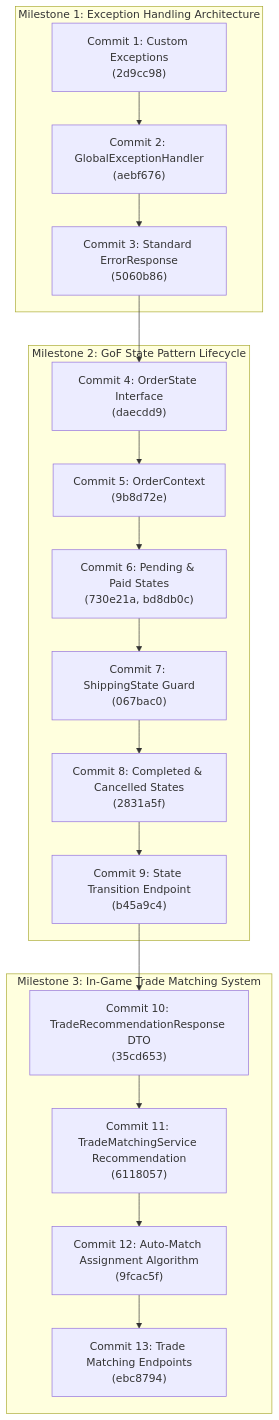
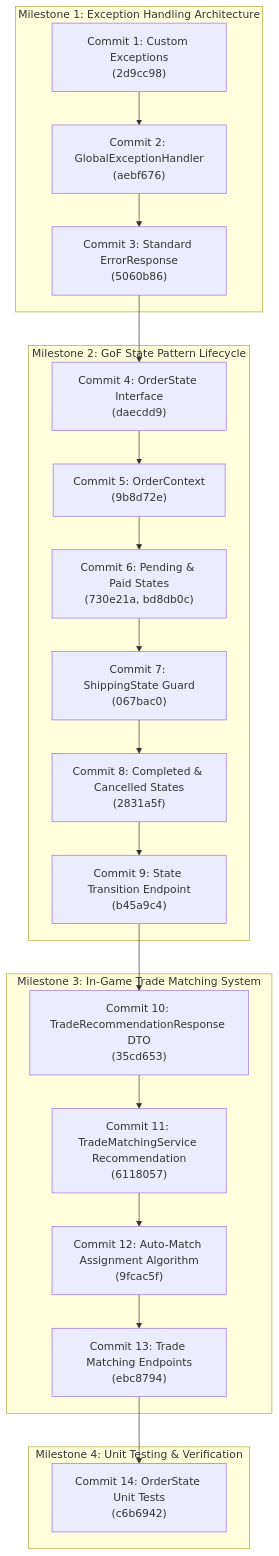
Before and after one commit to Bigzzz0/Pok-Vault_Commerce: the diagram in knowledge.md, drawn with Mermaid. The commit also changed other lines of this file, not shown here.

Commit message:
docs: document Commit 14 OrderState unit tests and update tracker

````diff
--- a/knowledge.md
+++ b/knowledge.md
@@ -34,23 +34,27 @@
 ```mermaid
 graph TD
     subgraph ExceptionHandling["Milestone 1: Exception Handling Architecture"]
         C1["Commit 1: Custom Exceptions\n(2d9cc98)"] --> C2["Commit 2: GlobalExceptionHandler\n(aebf676)"]
         C2 --> C3["Commit 3: Standard ErrorResponse\n(5060b86)"]
     end
 
     subgraph StatePattern["Milestone 2: GoF State Pattern Lifecycle"]
         C3 --> C4["Commit 4: OrderState Interface\n(daecdd9)"]
         C4 --> C5["Commit 5: OrderContext\n(9b8d72e)"]
         C5 --> C6["Commit 6: Pending & Paid States\n(730e21a, bd8db0c)"]
         C6 --> C7["Commit 7: ShippingState Guard\n(067bac0)"]
         C7 --> C8["Commit 8: Completed & Cancelled States\n(2831a5f)"]
         C8 --> C9["Commit 9: State Transition Endpoint\n(b45a9c4)"]
     end
 
     subgraph TradeMatching["Milestone 3: In-Game Trade Matching System"]
         C9 --> C10["Commit 10: TradeRecommendationResponse DTO\n(35cd653)"]
         C10 --> C11["Commit 11: TradeMatchingService Recommendation\n(6118057)"]
         C11 --> C12["Commit 12: Auto-Match Assignment Algorithm\n(9fcac5f)"]
         C12 --> C13["Commit 13: Trade Matching Endpoints\n(ebc8794)"]
     end
+
+    subgraph Testing["Milestone 4: Unit Testing & Verification"]
+        C13 --> C14["Commit 14: OrderState Unit Tests\n(c6b6942)"]
+    end
 ```
````
